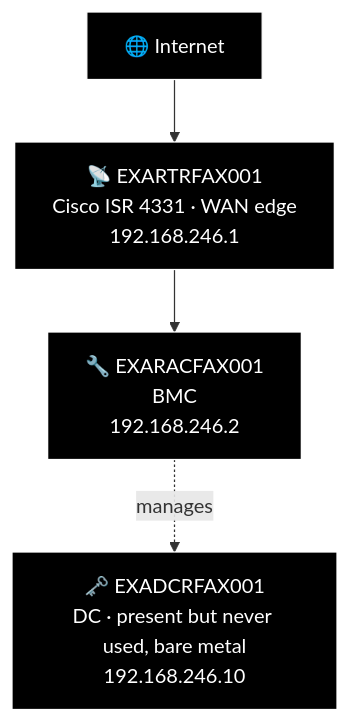
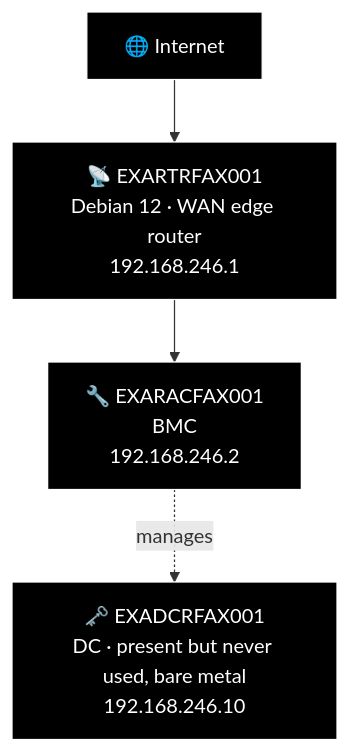
Before and after one commit to knightmare2600/example_music_infra: the ninth of 23 diagrams in docs/network-diagram/danmark.md, drawn with Mermaid. The commit also changed other lines of this file and 9 other files, not shown here.

````diff
--- a/docs/network-diagram/danmark.md
+++ b/docs/network-diagram/danmark.md
@@ -512,18 +512,18 @@
 ```mermaid
 %% GENERATED:OLDNETWORK:FAX:START
 %%{init: {'flowchart': {'curve': 'stepAfter'}}}%%
 graph TD
     O_INET["🌐 Internet"]
-    O_RTR["📡 EXARTRFAX001<br/>Cisco ISR 4331 · WAN edge<br/>192.168.246.1"]
+    O_RTR["📡 EXARTRFAX001<br/>Debian 12 · WAN edge router<br/>192.168.246.1"]
     O_DCR["🗝️ EXADCRFAX001<br/>DC · present but never used, bare metal<br/>192.168.246.10"]
     O_RAC["🔧 EXARACFAX001<br/>BMC<br/>192.168.246.2"]
     O_INET --> O_RTR
     O_RTR --> O_RAC
     O_RAC -.->|"manages"| O_DCR
 
     style O_INET fill:#000000,stroke:#FFFFFF,color:#FFFFFF
     style O_RTR fill:#000000,stroke:#FFFFFF,color:#FFFFFF
     style O_DCR fill:#000000,stroke:#FFFFFF,color:#FFFFFF
     style O_RAC fill:#000000,stroke:#FFFFFF,color:#FFFFFF
 %% GENERATED:OLDNETWORK:FAX:END
 ```
````
